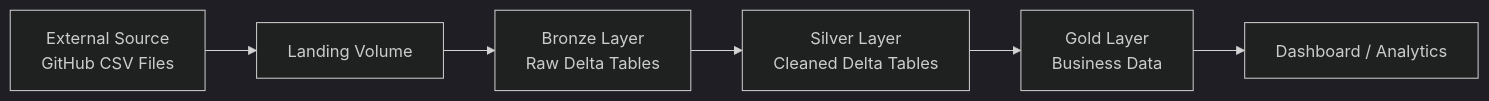
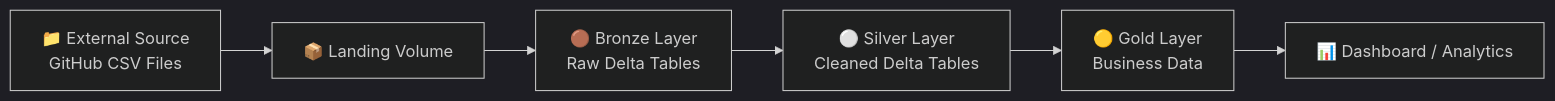
Before and after one commit to sophonsim/readcsvdata: the first of 2 diagrams in README.md, drawn with Mermaid (dark theme). The commit also changed other lines of this file, not shown here.

````diff
--- a/README.md
+++ b/README.md
@@ -26,16 +26,16 @@
 ```mermaid
 flowchart LR
 
-A[External Source<br>GitHub CSV Files]
-B[Landing Volume]
-C[Bronze Layer<br>Raw Delta Tables]
-D[Silver Layer<br>Cleaned Delta Tables]
-E[Gold Layer<br>Business Data]
-F[Dashboard / Analytics]
+A[📁 External Source<br>GitHub CSV Files]
+B[📦 Landing Volume]
+C[🟤 Bronze Layer<br>Raw Delta Tables]
+D[⚪ Silver Layer<br>Cleaned Delta Tables]
+E[🟡 Gold Layer<br>Business Data]
+F[📊 Dashboard / Analytics]
 
 A --> B
 B --> C
 C --> D
 D --> E
 E --> F
 ```
````
